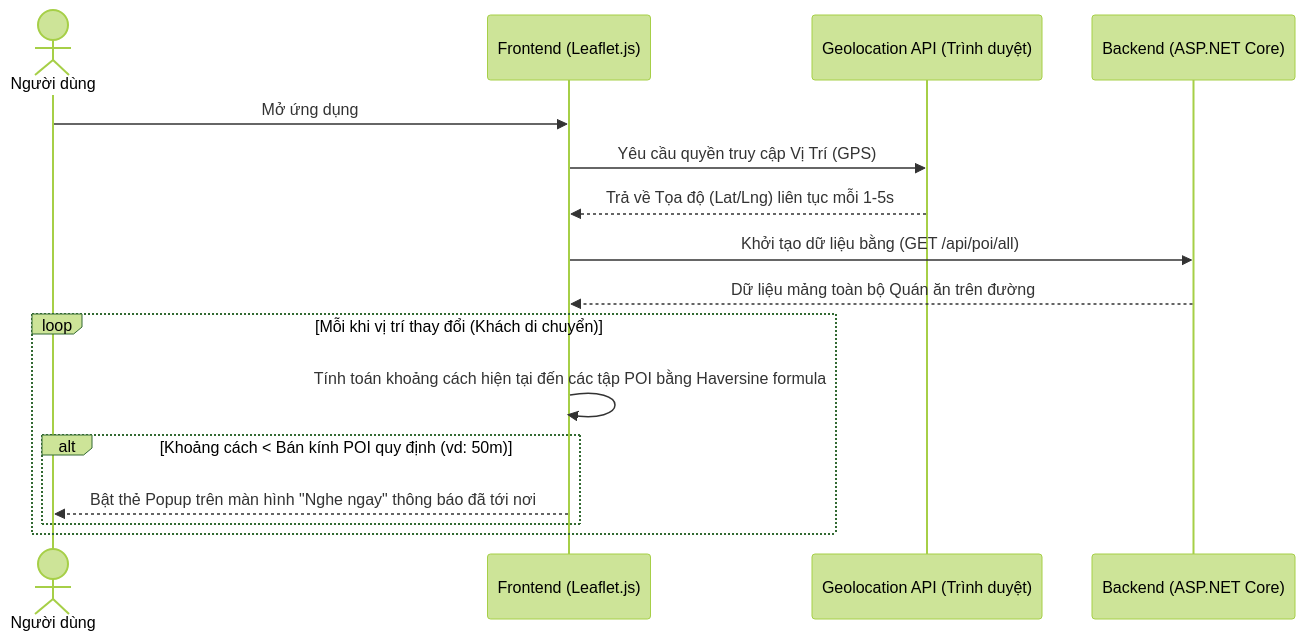
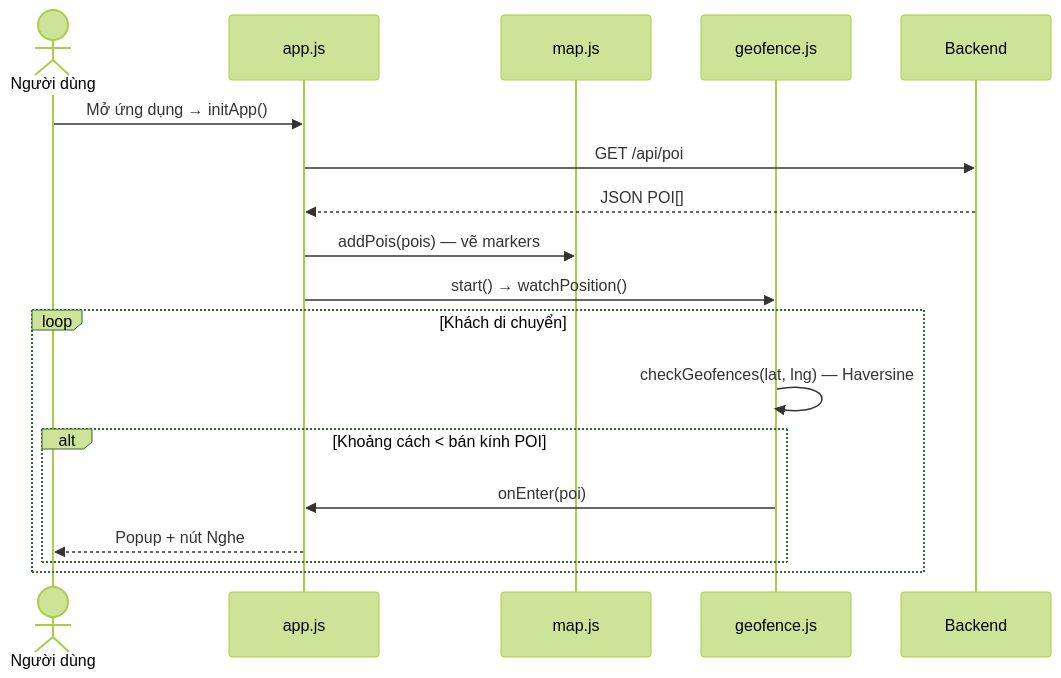
Before and after one commit to Hzyl/CShape: the fourth of 7 diagrams in PRD_VinhKhanh_Final2.md, drawn with Mermaid (forest theme). The commit also changed other lines of this file and 3 other files, not shown here.

````diff
--- a/PRD_VinhKhanh_Final2.md
+++ b/PRD_VinhKhanh_Final2.md
@@ -250,20 +260,22 @@
 ```mermaid
 sequenceDiagram
     actor User as Người dùng
-    participant App as Frontend (Leaflet.js)
-    participant Geo as Geolocation API (Trình duyệt)
-    participant API as Backend (ASP.NET Core)
-    
-    User->>App: Mở ứng dụng
-    App->>Geo: Yêu cầu quyền truy cập Vị Trí (GPS)
-    Geo-->>App: Trả về Tọa độ (Lat/Lng) liên tục mỗi 1-5s
-    App->>API: Khởi tạo dữ liệu bằng (GET /api/poi/all)
-    API-->>App: Dữ liệu mảng toàn bộ Quán ăn trên đường
-    
-    loop Mỗi khi vị trí thay đổi (Khách di chuyển)
-        App->>App: Tính toán khoảng cách hiện tại đến các tập POI bằng Haversine formula
-        alt Khoảng cách < Bán kính POI quy định (vd: 50m)
-            App-->>User: Bật thẻ Popup trên màn hình "Nghe ngay" thông báo đã tới nơi
+    participant App as app.js
+    participant Map as map.js
+    participant Geo as geofence.js
+    participant API as Backend
+
+    User->>App: Mở ứng dụng → initApp()
+    App->>API: GET /api/poi
+    API-->>App: JSON POI[]
+    App->>Map: addPois(pois) — vẽ markers
+    App->>Geo: start() → watchPosition()
+
+    loop Khách di chuyển
+        Geo->>Geo: checkGeofences(lat, lng) — Haversine
+        alt Khoảng cách < bán kính POI
+            Geo->>App: onEnter(poi)
+            App-->>User: Popup + nút Nghe
         end
     end
 ```
````
